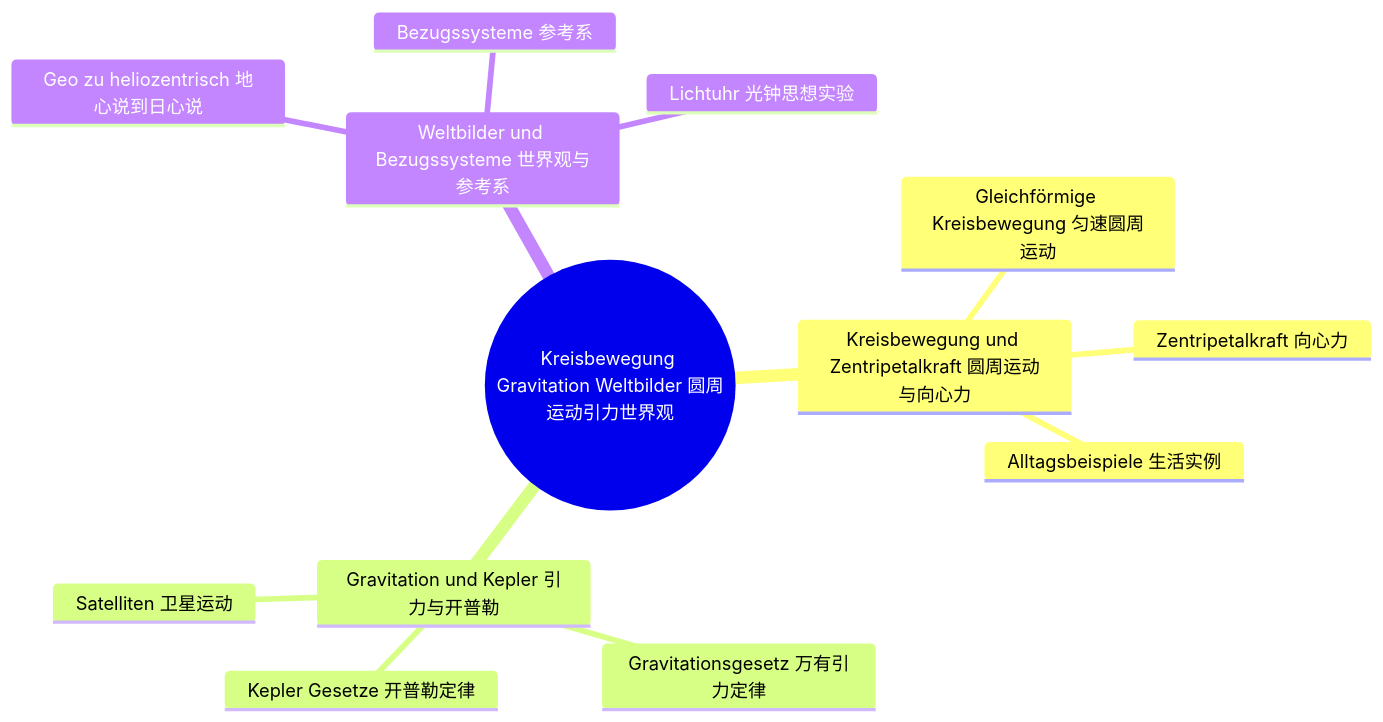
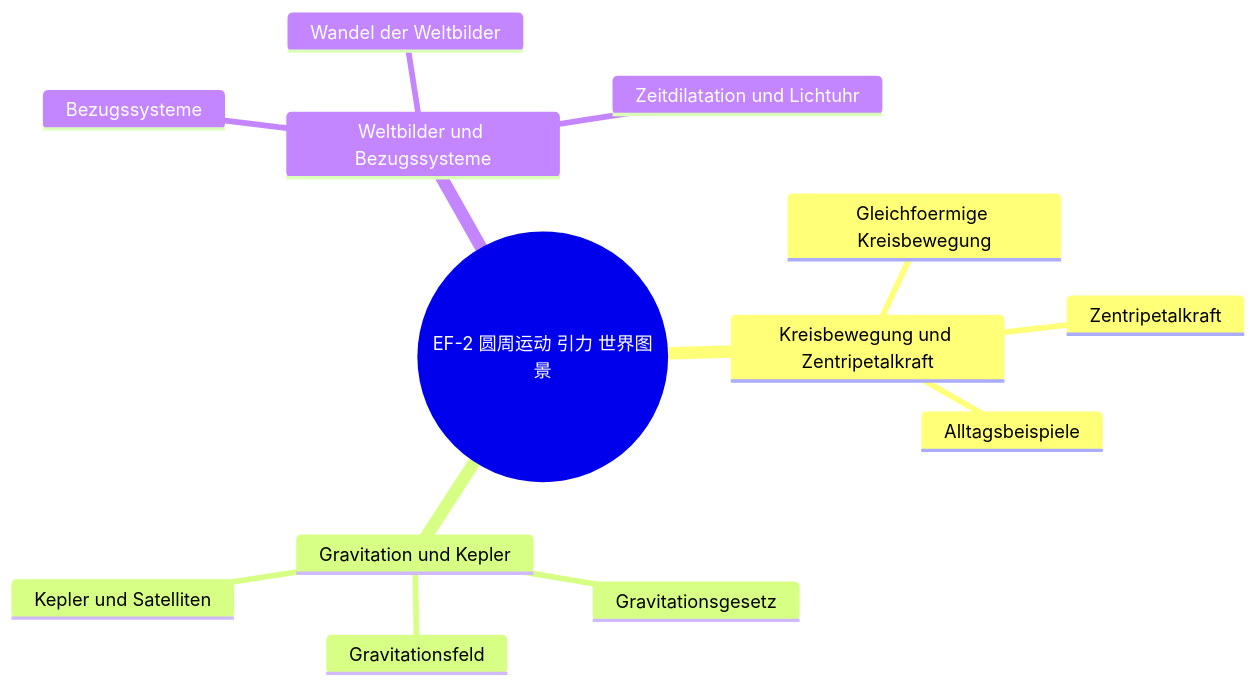
One commit to jjjjjjjjnnjnn/EF-GeWi-Lernvault changed the third of 11 diagrams in 00_META/Lernbaum/Lernbaum-Physik.md. Above: the diagram before and after it, drawn with Mermaid. The commit also changed other lines of this file and 5 other files, not shown here.

````diff
--- a/00_META/Lernbaum/Lernbaum-Physik.md
+++ b/00_META/Lernbaum/Lernbaum-Physik.md
@@ -59,16 +309,16 @@
 ```mermaid
 mindmap
-  root((Kreisbewegung Gravitation Weltbilder 圆周运动引力世界观))
-    Kreisbewegung und Zentripetalkraft 圆周运动与向心力
-      Gleichförmige Kreisbewegung 匀速圆周运动
-      Zentripetalkraft 向心力
-      Alltagsbeispiele 生活实例
-    Gravitation und Kepler 引力与开普勒
-      Gravitationsgesetz 万有引力定律
-      Kepler Gesetze 开普勒定律
-      Satelliten 卫星运动
-    Weltbilder und Bezugssysteme 世界观与参考系
-      Geo zu heliozentrisch 地心说到日心说
-      Bezugssysteme 参考系
-      Lichtuhr 光钟思想实验
+  root((EF-2 圆周运动 引力 世界图景))
+    Kreisbewegung und Zentripetalkraft
+      Gleichfoermige Kreisbewegung
+      Zentripetalkraft
+      Alltagsbeispiele
+    Gravitation und Kepler
+      Gravitationsgesetz
+      Gravitationsfeld
+      Kepler und Satelliten
+    Weltbilder und Bezugssysteme
+      Bezugssysteme
+      Wandel der Weltbilder
+      Zeitdilatation und Lichtuhr
 ```
````
